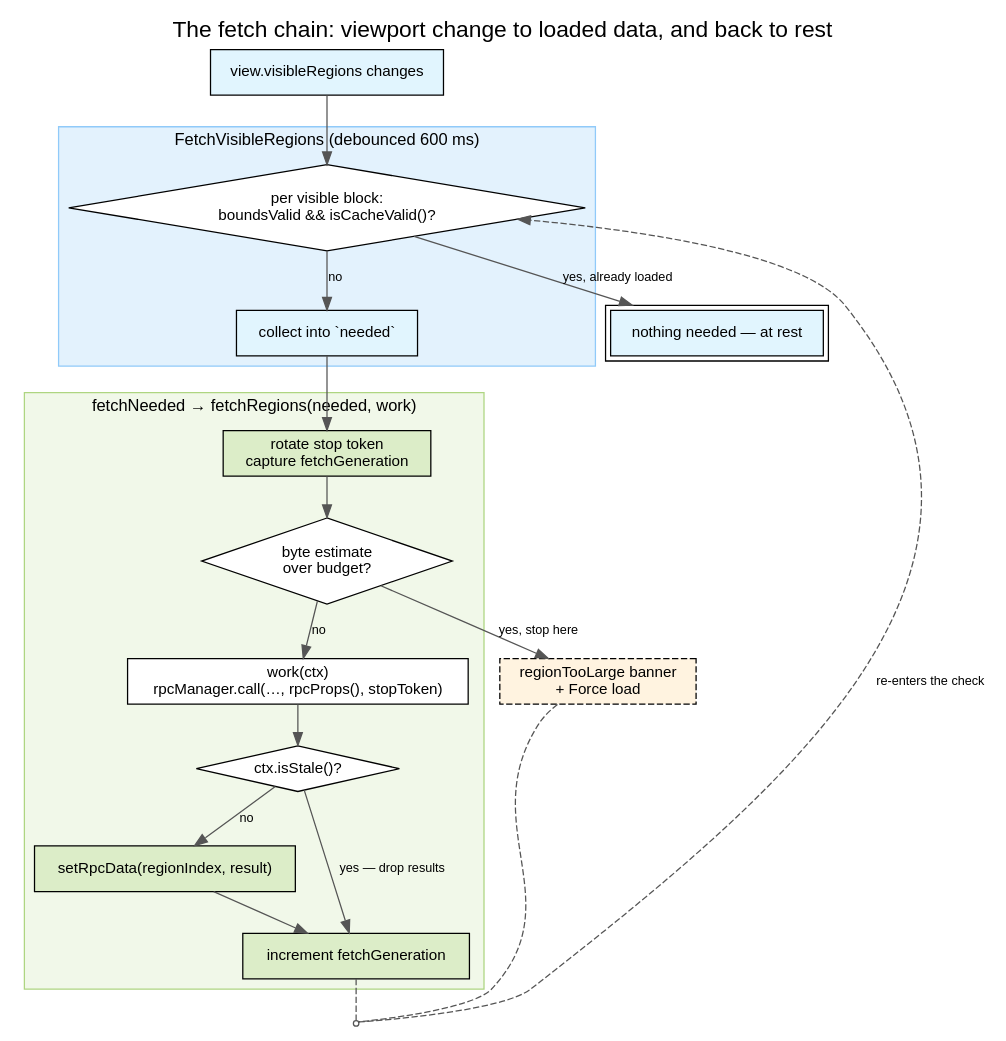
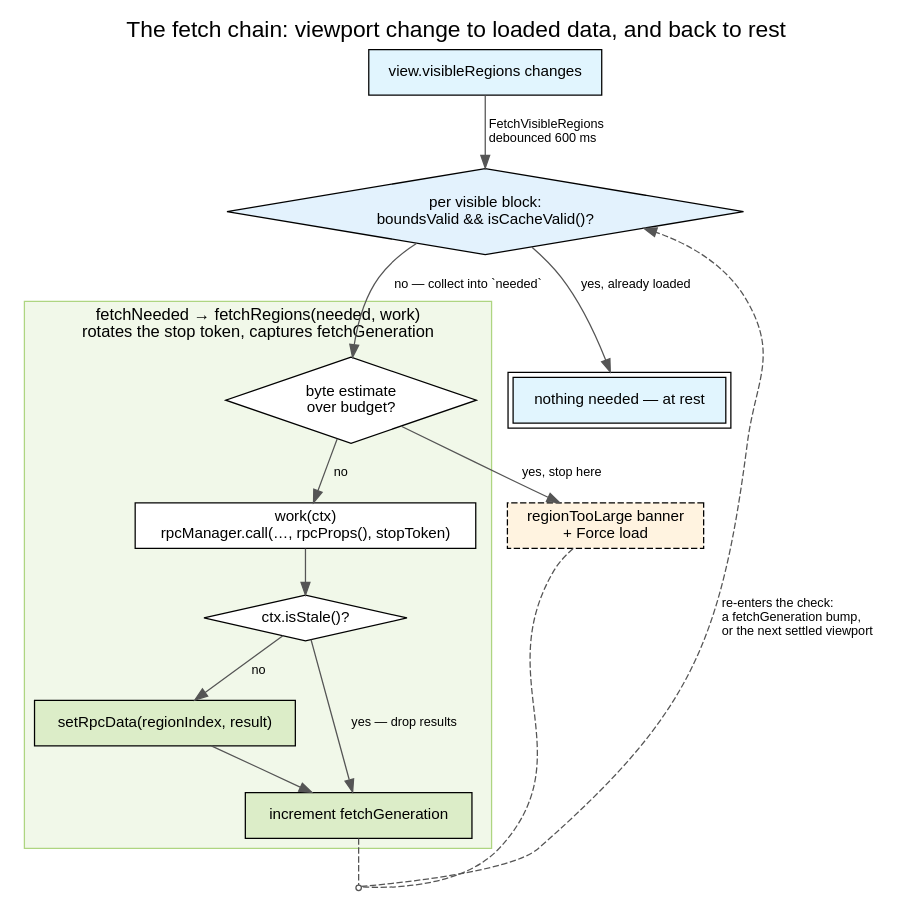
One commit to GMOD/jbrowse-components changed the diagram in website/diagrams/fetch_chain.dot. Above: the diagram before and after it, drawn with Graphviz. The commit also changed 5 other files, not shown here.

```diff
--- a/website/diagrams/fetch_chain.dot
+++ b/website/diagrams/fetch_chain.dot
@@ -1,88 +1,93 @@
+// Two nodes and a cluster came out by the same rule: a step whose whole job is
+// to hand off to the next one is an EDGE, not a box.
+//
+//   collect into `needed`    -> the check's "no" branch label
+//   rotate stop token /      -> the second line of the cluster's own label,
+//     capture fetchGeneration   since it is what entering fetchRegions does
+//   FetchVisibleRegions      -> the edge from the viewport change to the check.
+//                               It was a cluster drawn around that single
+//                               diamond, which is a label with a border.
+//
+// That leaves ONE cluster, and it now means something a fill colour could not
+// say on its own: everything inside it is the display's to write.
+//
+// `increment fetchGeneration` looks like the same case and is not. Dropping it
+// turns two SOLID in-cluster edges into two more dashed ones leaving the box, so
+// the picture pays a crossing and a label sitting on the cluster border to save
+// one node. Keeping it holds the whole rule "dashed means re-entry" to two
+// places, both below the chain.
 digraph fetch_chain {
   rankdir=TB
   labelloc=t
   fontname="Helvetica"
   fontsize=18
   label="The fetch chain: viewport change to loaded data, and back to rest"
   nodesep=0.35
-  ranksep=0.45
+  ranksep=0.5
 
   node [shape=box, fontname="Helvetica", fontsize=12, style=filled, fillcolor="#ffffff"]
   edge [fontname="Helvetica", fontsize=10, color="#555555"]
 
   viewport [label="view.visibleRegions changes", fillcolor="#e1f5fe"]
-
-  // ── What the autorun decides ─────────────────────────────────────
-  subgraph cluster_trigger {
-    label="FetchVisibleRegions (debounced 600 ms)"
-    labelloc=t
-    fontname="Helvetica"
-    fontsize=13
-    style=filled
+  check [
+    shape=diamond
+    label="per visible block:\nboundsValid && isCacheValid()?"
     fillcolor="#e3f2fd"
-    color="#90caf9"
-
-    check [
-      shape=diamond
-      label="per visible block:\nboundsValid && isCacheValid()?"
-      fillcolor="#ffffff"
-    ]
-    needed [label="collect into `needed`", fillcolor="#e1f5fe"]
-  }
+  ]
 
   // ── What the display owns ────────────────────────────────────────
   subgraph cluster_fetch {
-    label="fetchNeeded → fetchRegions(needed, work)"
+    label="fetchNeeded → fetchRegions(needed, work)\nrotates the stop token, captures fetchGeneration"
     labelloc=t
     fontname="Helvetica"
     fontsize=13
     style=filled
     fillcolor="#f1f8e9"
     color="#aed581"
 
-    rotate [label="rotate stop token\ncapture fetchGeneration", fillcolor="#dcedc8"]
     bytes [shape=diamond, label="byte estimate\nover budget?", fillcolor="#ffffff"]
     work [label="work(ctx)\nrpcManager.call(…, rpcProps(), stopToken)"]
     stale [shape=diamond, label="ctx.isStale()?", fillcolor="#ffffff"]
     commit [label="setRpcData(regionIndex, result)", fillcolor="#dcedc8"]
     bump [label="increment fetchGeneration", fillcolor="#dcedc8"]
   }
 
   toolarge [
     label="regionTooLarge banner\n+ Force load"
     style="filled,dashed"
     fillcolor="#fff3e0"
   ]
   done [label="nothing needed — at rest", peripheries=2, fillcolor="#e1f5fe"]
 
-  viewport -> check
-  check -> done [label="yes, already loaded"]
-  check -> needed [label="no"]
-  needed -> rotate
-  rotate -> bytes
-  bytes -> toolarge [label="yes, stop here"]
-  bytes -> work [label="no"]
+  viewport -> check [label="  FetchVisibleRegions\l  debounced 600 ms\l"]
+  check -> done [label="  yes, already loaded"]
+  check -> bytes [label="  no — collect into `needed`"]
+  bytes -> toolarge [label="  yes, stop here"]
+  bytes -> work [label="  no"]
   work -> stale
-  stale -> commit [label="no"]
-  stale -> bump [label="yes — drop results"]
+  stale -> commit [label="  no"]
+  stale -> bump [label="  yes — drop results"]
   commit -> bump
 
   // Both loose ends re-enter the same debounced check, so they meet at a
-  // junction and travel back as ONE edge. Drawn as two they were two long
-  // dashed sweeps up the whole right side, which is most of what a reader sees
-  // before they see the chain — and both said the same thing anyway. What
-  // differs is only what re-fires the autorun (a fetchGeneration bump, or the
-  // next settled viewport), and the caption is where that belongs.
+  // junction and travel back as ONE edge. Drawn as two they were two long dashed
+  // sweeps up the whole right side, which is most of what a reader sees before
+  // they see the chain — and both said the same thing anyway. What differs is
+  // only what re-fires the autorun, which the edge's own label now names.
   reenter [shape=point, width=0.06, color="#555555"]
   // The junction's rank comes from this one edge keeping its constraint, which
   // puts it just below the last node of the chain. `{ rank=same; bump; reenter }`
   // is the obvious alternative and is wrong: a rankset EJECTS its members from
   // their cluster ("bump was already in a rankset, deleted from cluster"), which
   // drops `increment fetchGeneration` out of the green box it belongs to.
   bump -> reenter [style=dashed, arrowhead=none]
   // The other two are constraint=false: they close the loop but must not pull
   // their targets back up a rank, which is what left the entry node stranded
   // mid-graph and crossed every edge around it.
   toolarge -> reenter [style=dashed, constraint=false, arrowhead=none]
-  reenter -> check [label="re-enters the check", style=dashed, constraint=false]
+  reenter -> check [
+    label="  re-enters the check:\l  a fetchGeneration bump,\l  or the next settled viewport\l"
+    style=dashed
+    constraint=false
+  ]
 }
```
